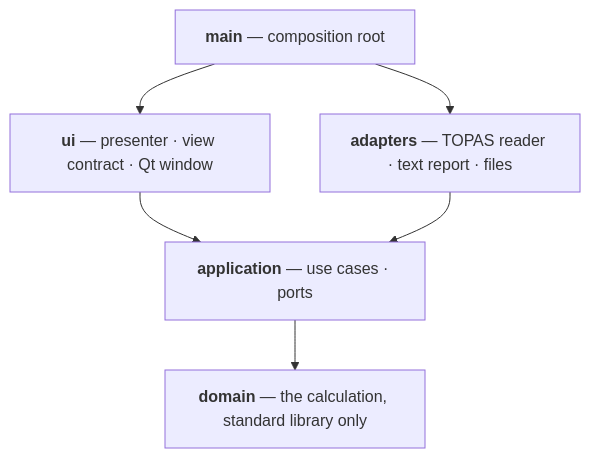
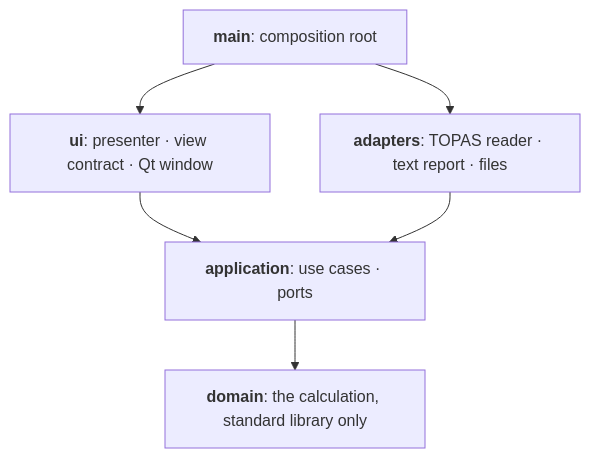
One commit to bolevin/rietesd-demo changed the diagram in README.md. Above: the diagram before and after it, drawn with Mermaid. The commit also changed other lines of this file, not shown here.

````diff
--- a/README.md
+++ b/README.md
@@ -91,10 +91,10 @@
 ```mermaid
 flowchart TB
-    main["<b>main</b> — composition root"]
-    ui["<b>ui</b> — presenter · view contract · Qt window"]
-    adapters["<b>adapters</b> — TOPAS reader · text report · files"]
-    application["<b>application</b> — use cases · ports"]
-    domain["<b>domain</b> — the calculation, standard library only"]
+    main["<b>main</b>: composition root"]
+    ui["<b>ui</b>: presenter · view contract · Qt window"]
+    adapters["<b>adapters</b>: TOPAS reader · text report · files"]
+    application["<b>application</b>: use cases · ports"]
+    domain["<b>domain</b>: the calculation, standard library only"]
     main --> ui & adapters
     ui & adapters --> application --> domain
 ```
````
